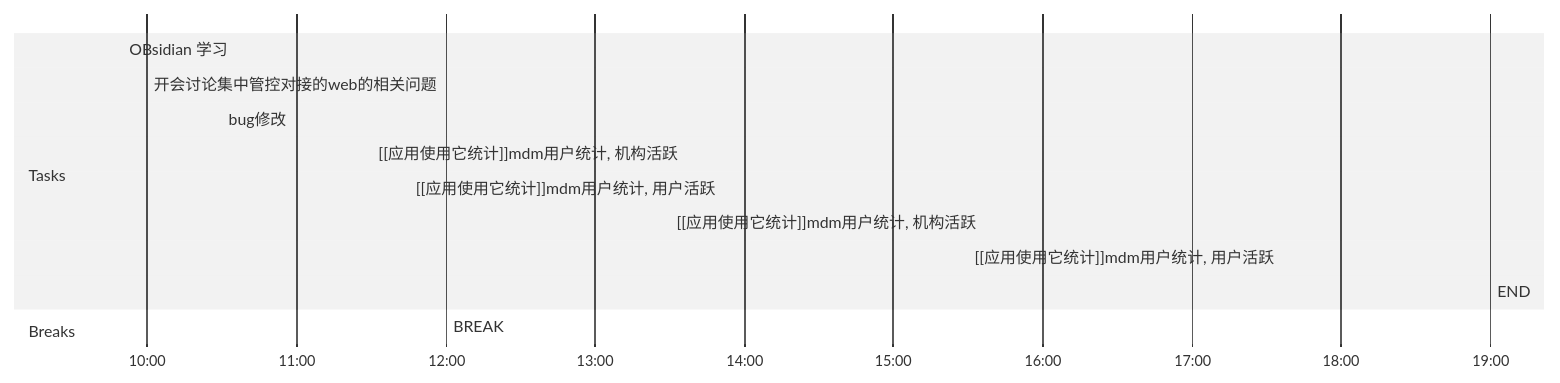
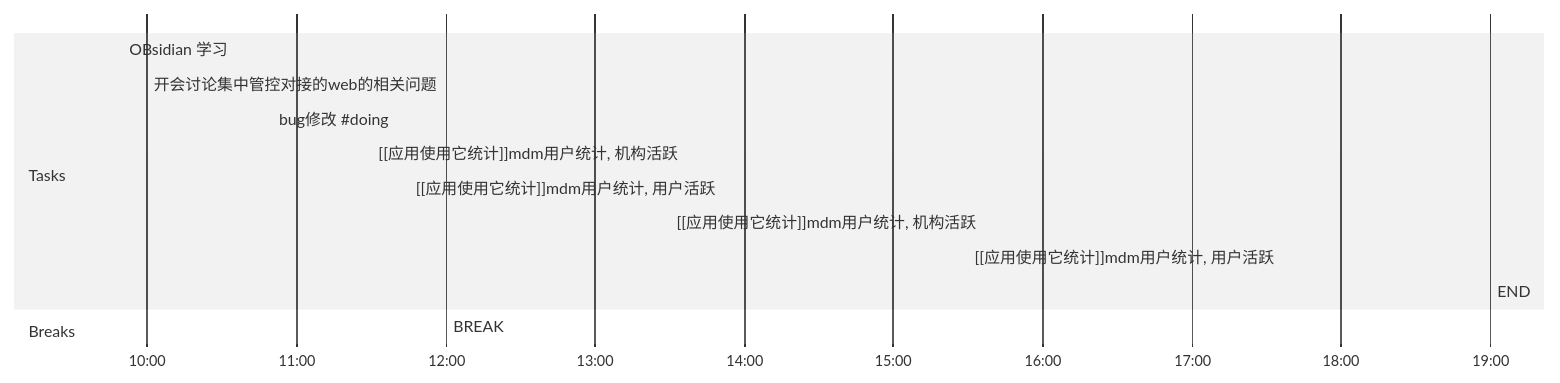
Before and after one commit to yangld/learn: the diagram in Day Planners/Day Planner-20211117.md, drawn with Mermaid (neutral theme). The commit also changed other lines of this file and 2 other files, not shown here.

````diff
--- a/Day Planners/Day Planner-20211117.md
+++ b/Day Planners/Day Planner-20211117.md
@@ -2,17 +2,17 @@
 ```mermaid
 gantt
     dateFormat  HH-mm
     axisFormat %H:%M
-    %% Current Time: 上午9:55:26
+    %% Current Time: 上午11:05:11
     section Tasks
     OBsidian 学习     :09-50, 10mm
-    开会讨论集中管控对接的web的相关问题     :10-00, 30mm
-    bug修改     :10-30, 60mm
+    开会讨论集中管控对接的web的相关问题     :10-00, 50mm
+    bug修改 #35;doing     :10-50, 40mm
     [[应用使用它统计]]mdm用户统计, 机构活跃     :11-30, 15mm
     [[应用使用它统计]]mdm用户统计, 用户活跃     :11-45, 15mm
     [[应用使用它统计]]mdm用户统计, 机构活跃     :13-30, 120mm
     [[应用使用它统计]]mdm用户统计, 用户活跃     :15-30, 210mm
     END     :19-00, 0mm
     section Breaks
     BREAK     :12-00, 90mm
 ```
````
